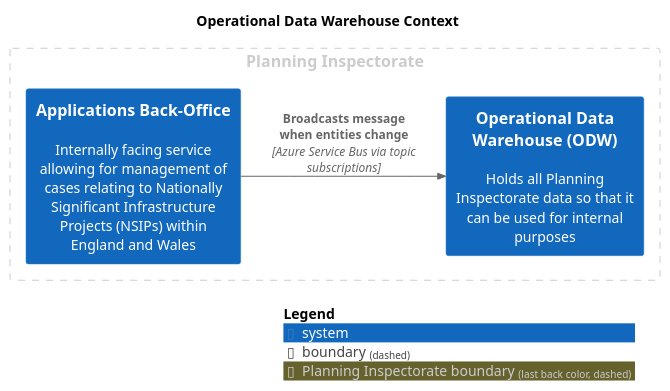
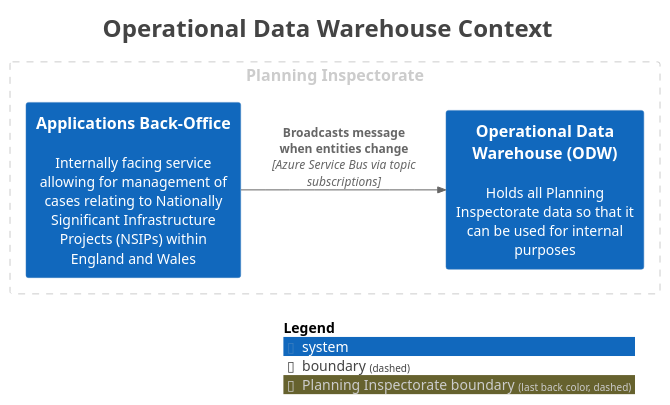
Before and after one commit to Planning-Inspectorate/applications-service: the diagram in master/puml/OperationalDataWarehouseContext.puml, drawn with PlantUML. The commit also changed 64 other files, not shown here.

```diff
--- a/master/puml/OperationalDataWarehouseContext.puml
+++ b/master/puml/OperationalDataWarehouseContext.puml
@@ -1,20 +1,28 @@
 @startuml
+title <size:24>Operational Data Warehouse Context</size>
+
 set separator none
-title Operational Data Warehouse Context
+left to right direction
 
-left to right direction
+<style>
+  root {
+    BackgroundColor: #ffffff
+    FontColor: #444444
+  }
+</style>
 
 !include <C4/C4>
 !include <C4/C4_Context>
 
 AddBoundaryTag("Planning Inspectorate", $borderColor="#cccccc", $fontColor="#cccccc", $borderStyle="dashed")
 Boundary(group_1, "Planning Inspectorate", $tags="Planning Inspectorate") {
   System(ApplicationsBackOffice, "Applications Back-Office", $descr="Internally facing service allowing for management of cases relating to Nationally Significant Infrastructure Projects (NSIPs) within England and Wales", $tags="", $link="")
   System(OperationalDataWarehouseODW, "Operational Data Warehouse (ODW)", $descr="Holds all Planning Inspectorate data so that it can be used for internal purposes", $tags="", $link="")
 }
 
 
 Rel(ApplicationsBackOffice, OperationalDataWarehouseODW, "Broadcasts message when entities change", $techn="Azure Service Bus via topic subscriptions", $tags="", $link="")
 
 SHOW_LEGEND(true)
+hide stereotypes
 @enduml
```
